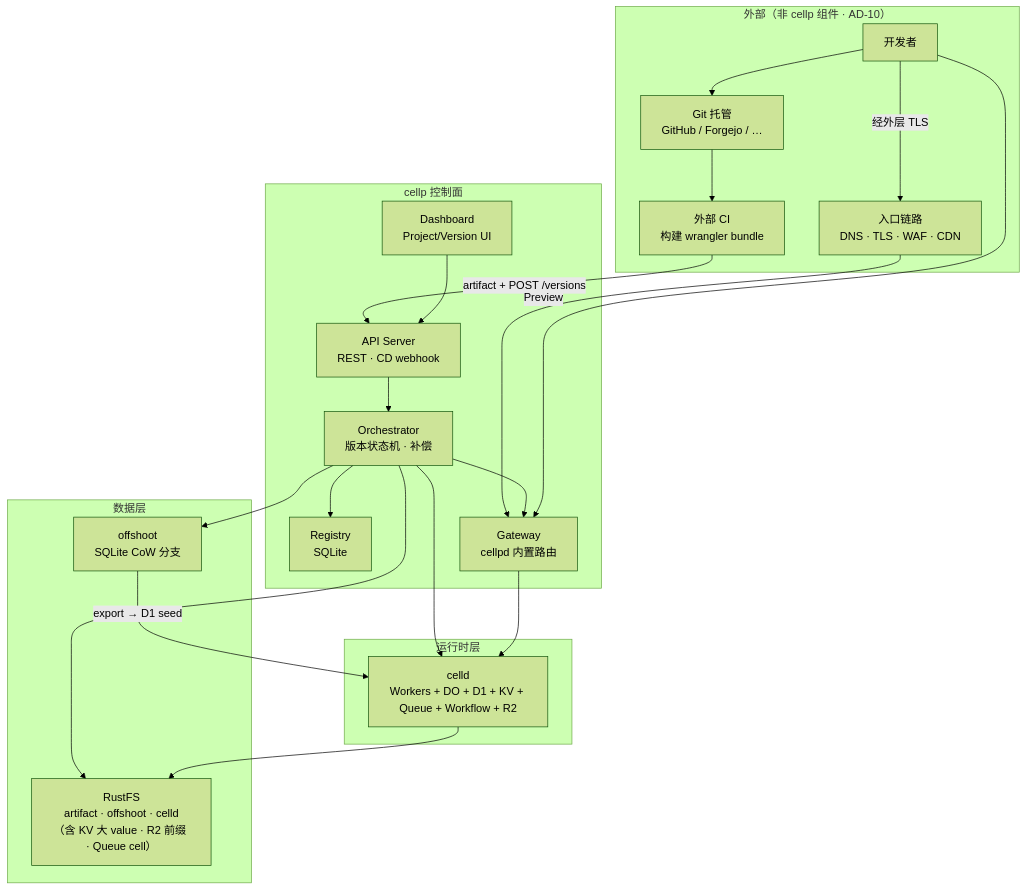
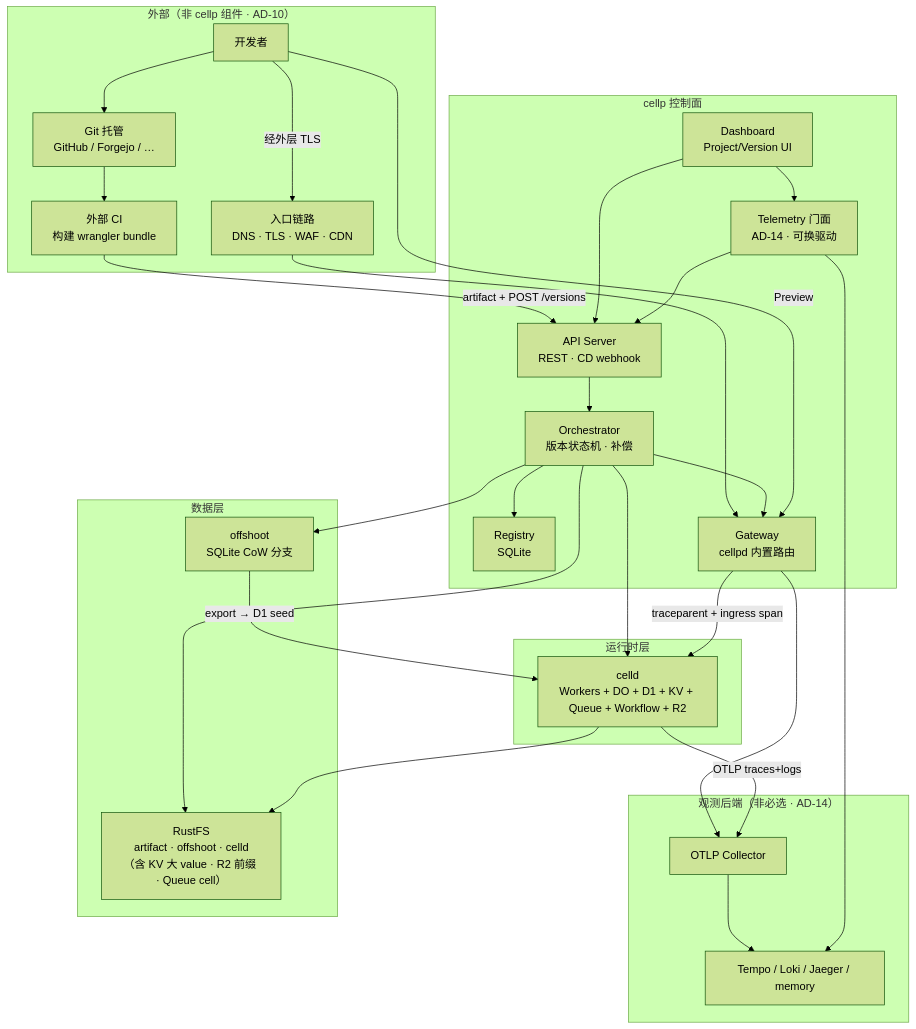
One commit to KonghaYao/cellp changed the first of 5 diagrams in DESIGN.md. Above: the diagram before and after it, drawn with Mermaid (forest theme). The commit also changed other lines of this file and 10 other files, not shown here.

````diff
--- a/DESIGN.md
+++ b/DESIGN.md
@@ -82,43 +83,55 @@
 ```mermaid
 flowchart TB
   subgraph external ["外部（非 cellp 组件 · AD-10）"]
     Dev["开发者"]
     GIT["Git 托管<br/>GitHub / Forgejo / …"]
     CI["外部 CI<br/>构建 wrangler bundle"]
     EDGE["入口链路<br/>DNS · TLS · WAF · CDN"]
   end
 
   subgraph cellp ["cellp 控制面"]
     API["API Server<br/>REST · CD webhook"]
     ORCH["Orchestrator<br/>版本状态机 · 补偿"]
     REG["Registry<br/>SQLite"]
     GW["Gateway<br/>cellpd 内置路由"]
     DASH["Dashboard<br/>Project/Version UI"]
+    TEL["Telemetry 门面<br/>AD-14 · 可换驱动"]
   end
 
   subgraph runtime ["运行时层"]
     CLD["celld<br/>Workers + DO + D1 + KV + Queue + Workflow + R2"]
+  end
+
+  subgraph otel ["观测后端（非必选 · AD-14）"]
+    COL["OTLP Collector"]
+    ENG["Tempo / Loki / Jaeger / memory"]
   end
 
   subgraph data ["数据层"]
     OS["offshoot<br/>SQLite CoW 分支"]
     OBJ["RustFS<br/>artifact · offshoot · celld（含 KV 大 value · R2 前缀 · Queue cell）"]
   end
 
   Dev --> GIT
   GIT --> CI
   CI -->|"artifact + POST /versions"| API
   Dev -->|"经外层 TLS"| EDGE
   EDGE --> GW
   API --> ORCH
   ORCH --> REG
   ORCH --> OS
   ORCH --> CLD
   ORCH --> OBJ
   ORCH --> GW
   DASH --> API
+  DASH --> TEL
+  TEL --> API
   Dev -->|"Preview"| GW
-  GW --> CLD
+  GW -->|"traceparent + ingress span"| CLD
+  GW --> COL
+  CLD -->|"OTLP traces+logs"| COL
+  COL --> ENG
+  TEL --> ENG
   OS -->|"export → D1 seed"| CLD
   CLD --> OBJ
 ```
````
